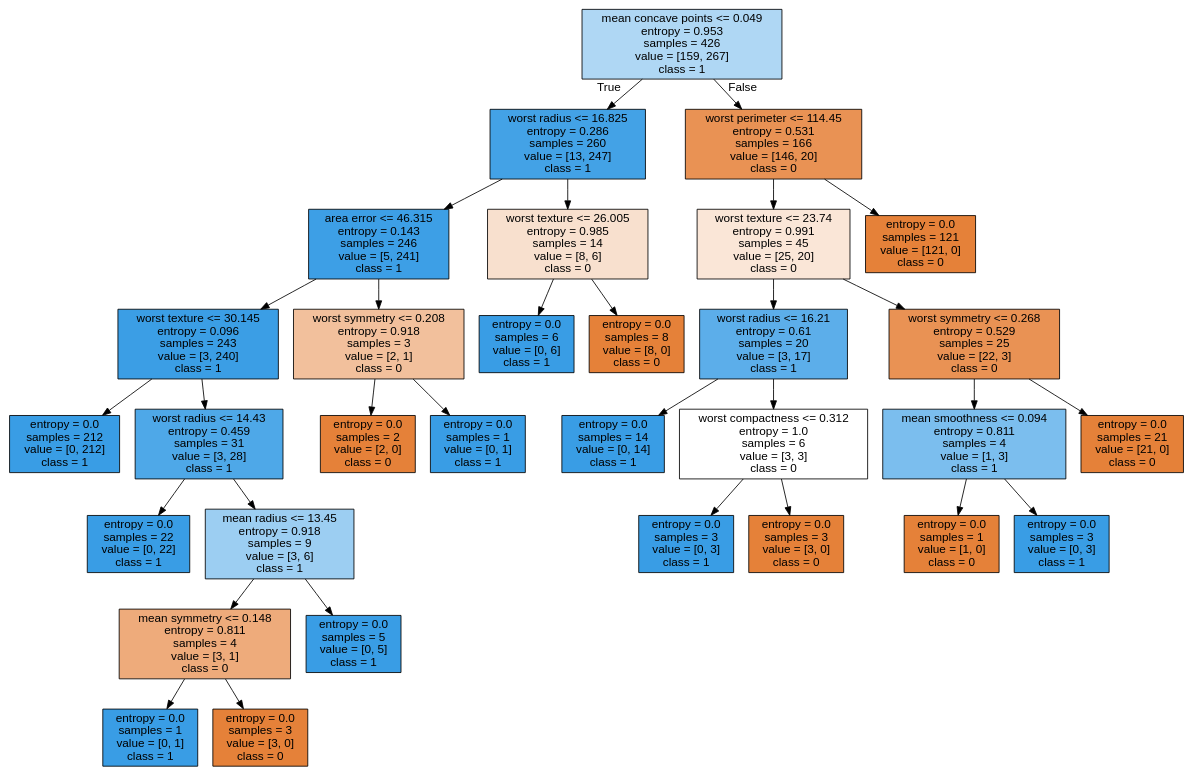
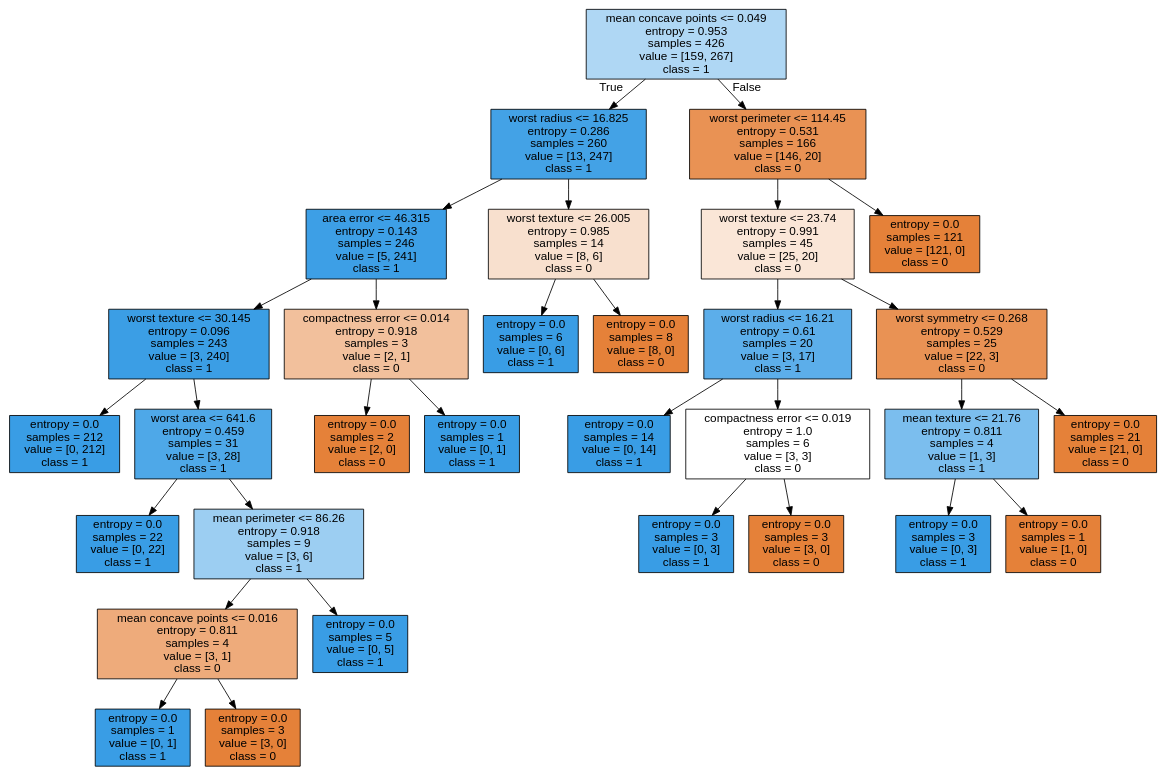
The diagram in tree.dot (zareeiant/Intro_to_Machine_Learning_Student_Workbooks), drawn with Graphviz before and after one commit. The commit also changed 1 other file, not shown here.

```diff
--- a/tree.dot
+++ b/tree.dot
@@ -1,65 +1,65 @@
 digraph Tree {
 node [shape=box, style="filled", color="black", fontname="helvetica"] ;
 edge [fontname="helvetica"] ;
 0 [label="mean concave points <= 0.049\nentropy = 0.953\nsamples = 426\nvalue = [159, 267]\nclass = 1", fillcolor="#afd7f4"] ;
 1 [label="worst radius <= 16.825\nentropy = 0.286\nsamples = 260\nvalue = [13, 247]\nclass = 1", fillcolor="#43a2e6"] ;
 0 -> 1 [labeldistance=2.5, labelangle=45, headlabel="True"] ;
 2 [label="area error <= 46.315\nentropy = 0.143\nsamples = 246\nvalue = [5, 241]\nclass = 1", fillcolor="#3d9fe6"] ;
 1 -> 2 ;
 3 [label="worst texture <= 30.145\nentropy = 0.096\nsamples = 243\nvalue = [3, 240]\nclass = 1", fillcolor="#3b9ee5"] ;
 2 -> 3 ;
 4 [label="entropy = 0.0\nsamples = 212\nvalue = [0, 212]\nclass = 1", fillcolor="#399de5"] ;
 3 -> 4 ;
-5 [label="worst radius <= 14.43\nentropy = 0.459\nsamples = 31\nvalue = [3, 28]\nclass = 1", fillcolor="#4ea8e8"] ;
+5 [label="worst area <= 641.6\nentropy = 0.459\nsamples = 31\nvalue = [3, 28]\nclass = 1", fillcolor="#4ea8e8"] ;
 3 -> 5 ;
 6 [label="entropy = 0.0\nsamples = 22\nvalue = [0, 22]\nclass = 1", fillcolor="#399de5"] ;
 5 -> 6 ;
-7 [label="mean radius <= 13.45\nentropy = 0.918\nsamples = 9\nvalue = [3, 6]\nclass = 1", fillcolor="#9ccef2"] ;
+7 [label="mean perimeter <= 86.26\nentropy = 0.918\nsamples = 9\nvalue = [3, 6]\nclass = 1", fillcolor="#9ccef2"] ;
 5 -> 7 ;
-8 [label="mean symmetry <= 0.148\nentropy = 0.811\nsamples = 4\nvalue = [3, 1]\nclass = 0", fillcolor="#eeab7b"] ;
+8 [label="mean concave points <= 0.016\nentropy = 0.811\nsamples = 4\nvalue = [3, 1]\nclass = 0", fillcolor="#eeab7b"] ;
 7 -> 8 ;
 9 [label="entropy = 0.0\nsamples = 1\nvalue = [0, 1]\nclass = 1", fillcolor="#399de5"] ;
 8 -> 9 ;
 10 [label="entropy = 0.0\nsamples = 3\nvalue = [3, 0]\nclass = 0", fillcolor="#e58139"] ;
 8 -> 10 ;
 11 [label="entropy = 0.0\nsamples = 5\nvalue = [0, 5]\nclass = 1", fillcolor="#399de5"] ;
 7 -> 11 ;
-12 [label="worst symmetry <= 0.208\nentropy = 0.918\nsamples = 3\nvalue = [2, 1]\nclass = 0", fillcolor="#f2c09c"] ;
+12 [label="compactness error <= 0.014\nentropy = 0.918\nsamples = 3\nvalue = [2, 1]\nclass = 0", fillcolor="#f2c09c"] ;
 2 -> 12 ;
 13 [label="entropy = 0.0\nsamples = 2\nvalue = [2, 0]\nclass = 0", fillcolor="#e58139"] ;
 12 -> 13 ;
 14 [label="entropy = 0.0\nsamples = 1\nvalue = [0, 1]\nclass = 1", fillcolor="#399de5"] ;
 12 -> 14 ;
 15 [label="worst texture <= 26.005\nentropy = 0.985\nsamples = 14\nvalue = [8, 6]\nclass = 0", fillcolor="#f8e0ce"] ;
 1 -> 15 ;
 16 [label="entropy = 0.0\nsamples = 6\nvalue = [0, 6]\nclass = 1", fillcolor="#399de5"] ;
 15 -> 16 ;
 17 [label="entropy = 0.0\nsamples = 8\nvalue = [8, 0]\nclass = 0", fillcolor="#e58139"] ;
 15 -> 17 ;
 18 [label="worst perimeter <= 114.45\nentropy = 0.531\nsamples = 166\nvalue = [146, 20]\nclass = 0", fillcolor="#e99254"] ;
 0 -> 18 [labeldistance=2.5, labelangle=-45, headlabel="False"] ;
 19 [label="worst texture <= 23.74\nentropy = 0.991\nsamples = 45\nvalue = [25, 20]\nclass = 0", fillcolor="#fae6d7"] ;
 18 -> 19 ;
 20 [label="worst radius <= 16.21\nentropy = 0.61\nsamples = 20\nvalue = [3, 17]\nclass = 1", fillcolor="#5caeea"] ;
 19 -> 20 ;
 21 [label="entropy = 0.0\nsamples = 14\nvalue = [0, 14]\nclass = 1", fillcolor="#399de5"] ;
 20 -> 21 ;
-22 [label="worst compactness <= 0.312\nentropy = 1.0\nsamples = 6\nvalue = [3, 3]\nclass = 0", fillcolor="#ffffff"] ;
+22 [label="compactness error <= 0.019\nentropy = 1.0\nsamples = 6\nvalue = [3, 3]\nclass = 0", fillcolor="#ffffff"] ;
 20 -> 22 ;
 23 [label="entropy = 0.0\nsamples = 3\nvalue = [0, 3]\nclass = 1", fillcolor="#399de5"] ;
 22 -> 23 ;
 24 [label="entropy = 0.0\nsamples = 3\nvalue = [3, 0]\nclass = 0", fillcolor="#e58139"] ;
 22 -> 24 ;
 25 [label="worst symmetry <= 0.268\nentropy = 0.529\nsamples = 25\nvalue = [22, 3]\nclass = 0", fillcolor="#e99254"] ;
 19 -> 25 ;
-26 [label="mean smoothness <= 0.094\nentropy = 0.811\nsamples = 4\nvalue = [1, 3]\nclass = 1", fillcolor="#7bbeee"] ;
+26 [label="mean texture <= 21.76\nentropy = 0.811\nsamples = 4\nvalue = [1, 3]\nclass = 1", fillcolor="#7bbeee"] ;
 25 -> 26 ;
-27 [label="entropy = 0.0\nsamples = 1\nvalue = [1, 0]\nclass = 0", fillcolor="#e58139"] ;
+27 [label="entropy = 0.0\nsamples = 3\nvalue = [0, 3]\nclass = 1", fillcolor="#399de5"] ;
 26 -> 27 ;
-28 [label="entropy = 0.0\nsamples = 3\nvalue = [0, 3]\nclass = 1", fillcolor="#399de5"] ;
+28 [label="entropy = 0.0\nsamples = 1\nvalue = [1, 0]\nclass = 0", fillcolor="#e58139"] ;
 26 -> 28 ;
 29 [label="entropy = 0.0\nsamples = 21\nvalue = [21, 0]\nclass = 0", fillcolor="#e58139"] ;
 25 -> 29 ;
 30 [label="entropy = 0.0\nsamples = 121\nvalue = [121, 0]\nclass = 0", fillcolor="#e58139"] ;
 18 -> 30 ;
 }
```
